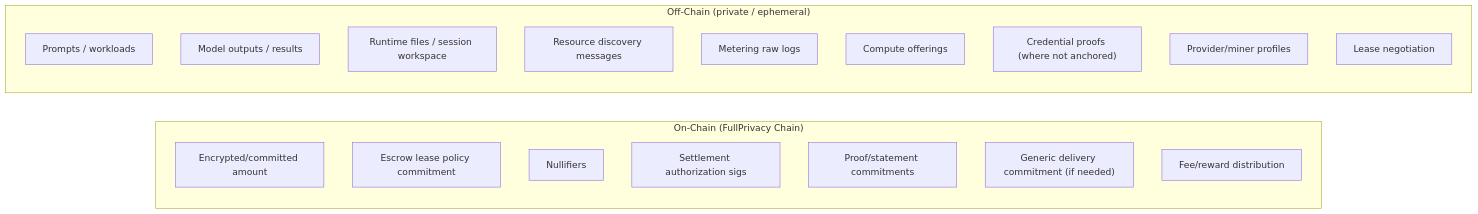
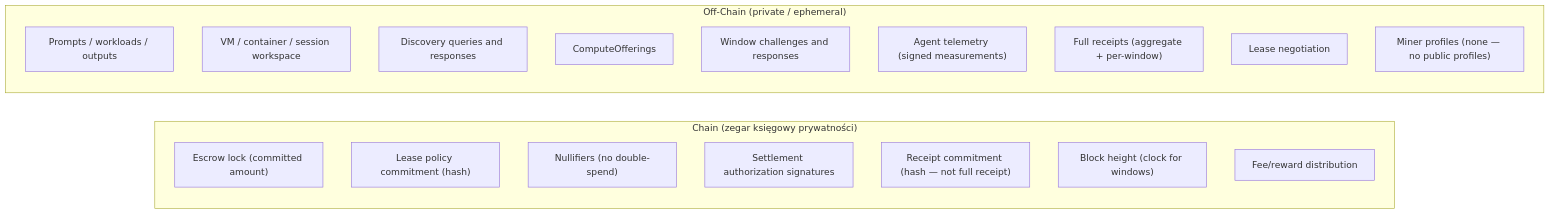
Before and after one commit to niirmataa/privAI: the fourth of 12 diagrams in spec/PRIVAI_V0_PRIVATE_COMPUTE/PRIVAI_V0_DIAGRAMS.md, drawn with Mermaid. The commit also changed other lines of this file and 211 other files, not shown here.

First line of the commit message:
privAI V0: compute lease types, metering, identity, discovery, hidden sender spec, podsumowanie

````diff
--- a/spec/PRIVAI_V0_PRIVATE_COMPUTE/PRIVAI_V0_DIAGRAMS.md
+++ b/spec/PRIVAI_V0_PRIVATE_COMPUTE/PRIVAI_V0_DIAGRAMS.md
@@ -153,24 +160,24 @@
 ```mermaid
 flowchart LR
-    subgraph ON_CHAIN["On-Chain (FullPrivacy Chain)"]
-        OC1["Encrypted/committed amount"]
-        OC2["Escrow lease policy commitment"]
-        OC3["Nullifiers"]
-        OC4["Settlement authorization sigs"]
-        OC5["Proof/statement commitments"]
-        OC6["Generic delivery commitment (if needed)"]
+    subgraph ON_CHAIN["Chain (zegar księgowy prywatności)"]
+        OC1["Escrow lock (committed amount)"]
+        OC2["Lease policy commitment (hash)"]
+        OC3["Nullifiers (no double-spend)"]
+        OC4["Settlement authorization signatures"]
+        OC5["Receipt commitment (hash — not full receipt)"]
+        OC6["Block height (clock for windows)"]
         OC7["Fee/reward distribution"]
     end
 
     subgraph OFF_CHAIN["Off-Chain (private / ephemeral)"]
-        OF1["Prompts / workloads"]
-        OF2["Model outputs / results"]
-        OF3["Runtime files / session workspace"]
-        OF4["Resource discovery messages"]
-        OF5["Metering raw logs"]
-        OF6["Compute offerings"]
-        OF7["Credential proofs (where not anchored)"]
-        OF8["Provider/miner profiles"]
-        OF9["Lease negotiation"]
+        OF1["Prompts / workloads / outputs"]
+        OF2["VM / container / session workspace"]
+        OF3["Discovery queries and responses"]
+        OF4["ComputeOfferings"]
+        OF5["Window challenges and responses"]
+        OF6["Agent telemetry (signed measurements)"]
+        OF7["Full receipts (aggregate + per-window)"]
+        OF8["Lease negotiation"]
+        OF9["Miner profiles (none — no public profiles)"]
     end
 ```
````
